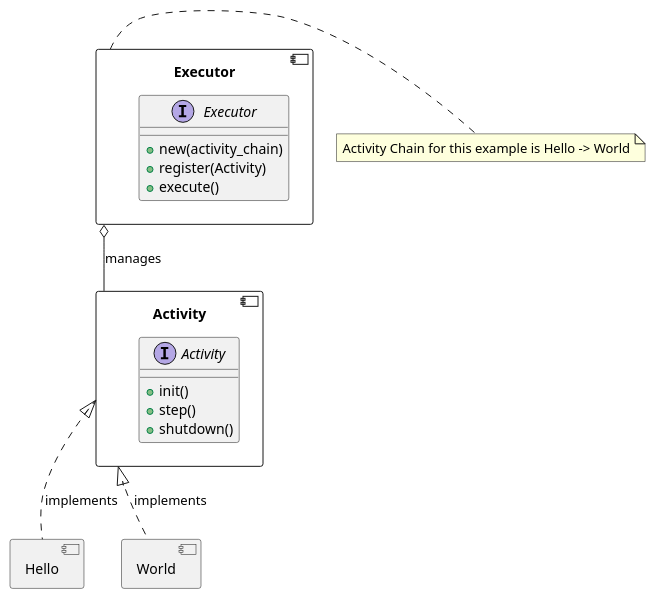
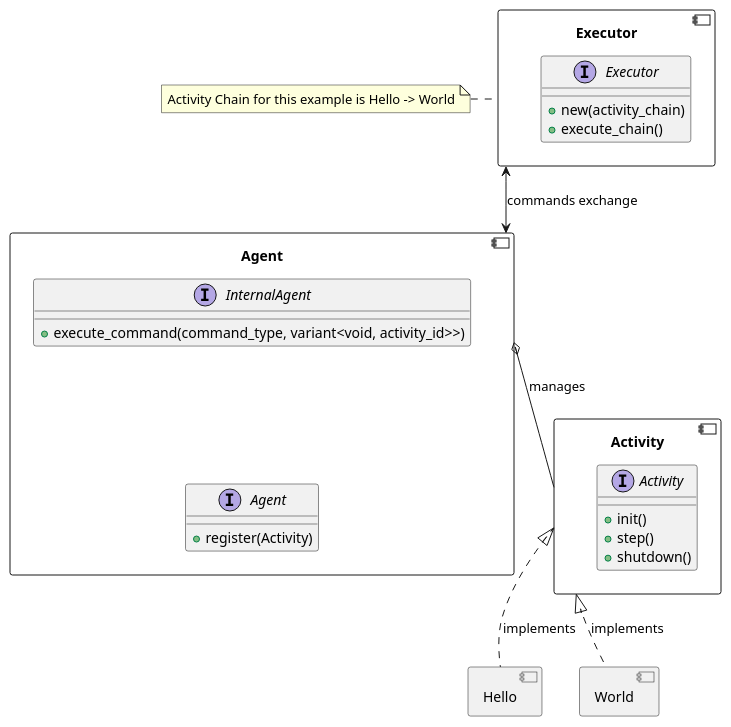
One commit to qorix-group/inc_feo changed the diagram in examples/hello/docs/docs/static_hello.puml. Above: the diagram before and after it, drawn with PlantUML. The commit also changed 1 other file, not shown here.

```diff
--- a/examples/hello/docs/docs/static_hello.puml
+++ b/examples/hello/docs/docs/static_hello.puml
@@ -1,34 +1,49 @@
 @startuml
+
+component "Agent" {
+
+    interface Agent {
+        + register(Activity)
+    }
+
+    interface InternalAgent {
+        + execute_command(command_type, variant<void, activity_id>>)
+    }
+
+    InternalAgent -[hidden]-> Agent
+}
+
 component "Executor" {
    interface Executor {
         + new(activity_chain)
-        + register(Activity)
-        + execute()
+        + execute_chain()
     }
 }
 
-    note right of Executor
+    note left of Executor
         Activity Chain for this example is Hello -> World
     end note
 
 component "Activity" {
    interface Activity {
         + init()
         + step()
         + shutdown()
     }
 }
 
 component "Hello" {
 
 }
 component "World" {
 
 }
 
 
-Executor o-- Activity : "manages"
+Agent <-up-> Executor: "commands exchange"
+
+Agent o-- Activity : "manages"
 Activity <|.. Hello : "implements"
 Activity <|.. World : "implements"
 
 @enduml
```
